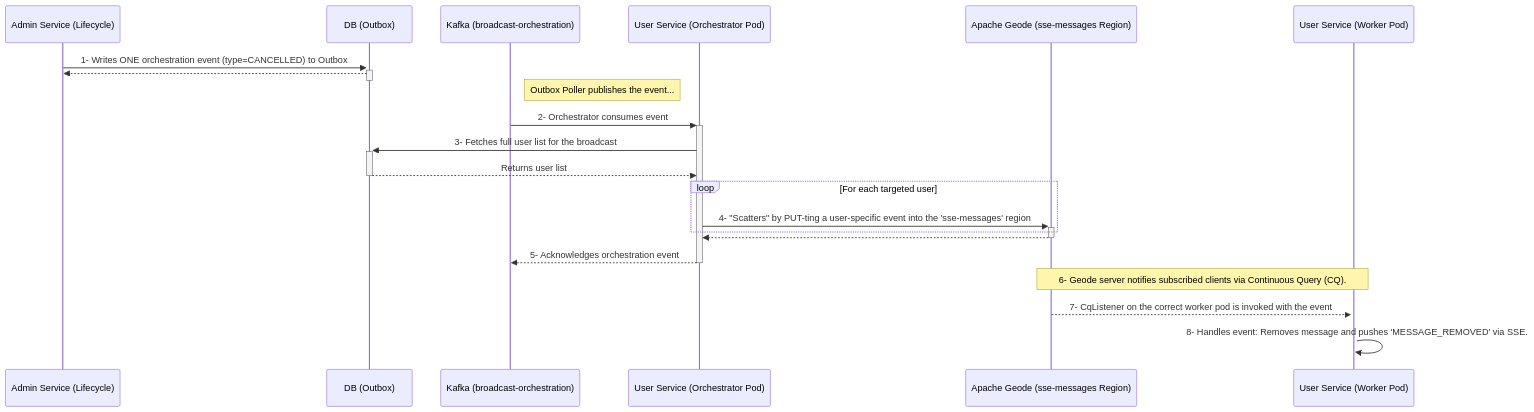
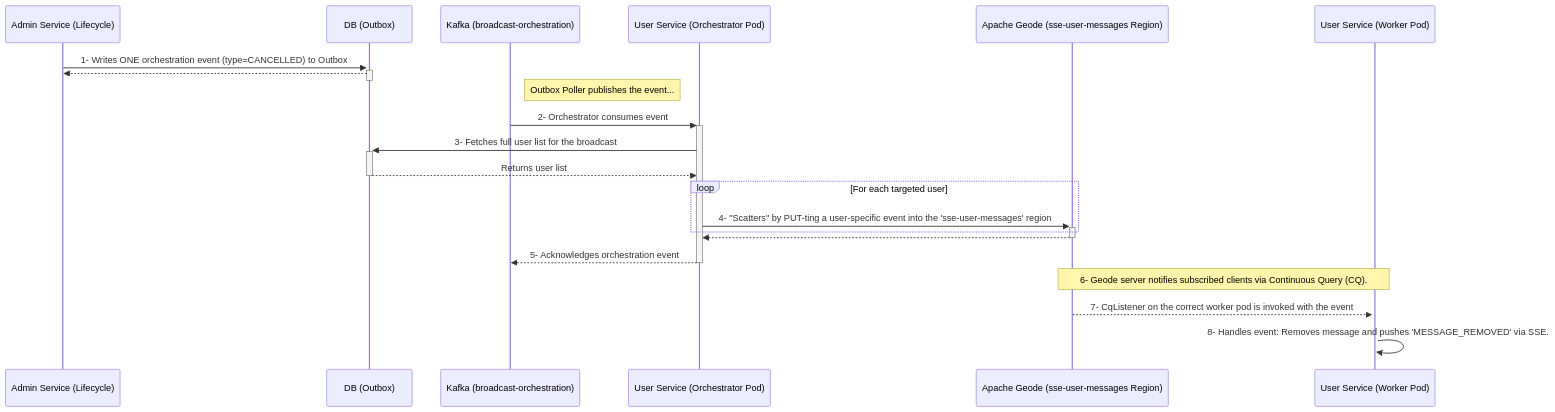
One commit to rsrini7/Notification-SSE-GLM-Flux changed the diagram in MermaidDiagrams/seq-cancellation-fan-out.mmd. Above: the diagram before and after it, drawn with Mermaid. The commit also changed 15 other files, not shown here.

First line of the commit message:
feat(broadcast): split sse-messages into user-specific and all-users regions

```diff
--- a/MermaidDiagrams/seq-cancellation-fan-out.mmd
+++ b/MermaidDiagrams/seq-cancellation-fan-out.mmd
@@ -1,27 +1,27 @@
 sequenceDiagram
     participant AdminSvc as Admin Service (Lifecycle)
     participant DB as DB (Outbox)
     participant KafkaOrchestration as Kafka (broadcast-orchestration)
     participant Orchestrator as User Service (Orchestrator Pod)
-    participant Geode as Apache Geode (sse-messages Region)
+    participant Geode as Apache Geode (sse-user-messages Region)
     participant Worker as User Service (Worker Pod)
 
     AdminSvc->>+DB: 1- Writes ONE orchestration event (type=CANCELLED) to Outbox
     DB-->>-AdminSvc: 
 
     Note right of KafkaOrchestration: Outbox Poller publishes the event...
 
     KafkaOrchestration->>+Orchestrator: 2- Orchestrator consumes event
     Orchestrator->>+DB: 3- Fetches full user list for the broadcast
     DB-->>-Orchestrator: Returns user list
 
     loop For each targeted user
-        Orchestrator->>+Geode: 4- "Scatters" by PUT-ting a user-specific event into the 'sse-messages' region
+        Orchestrator->>+Geode: 4- "Scatters" by PUT-ting a user-specific event into the 'sse-user-messages' region
     end
     Geode-->>-Orchestrator: 
 
     Orchestrator-->>-KafkaOrchestration: 5- Acknowledges orchestration event
 
     Note over Geode, Worker: 6- Geode server notifies subscribed clients via Continuous Query (CQ).
     Geode-->>+Worker: 7- CqListener on the correct worker pod is invoked with the event
     Worker->>Worker: 8- Handles event: Removes message and pushes 'MESSAGE_REMOVED' via SSE.
```
